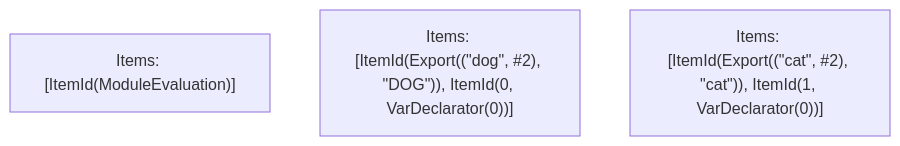
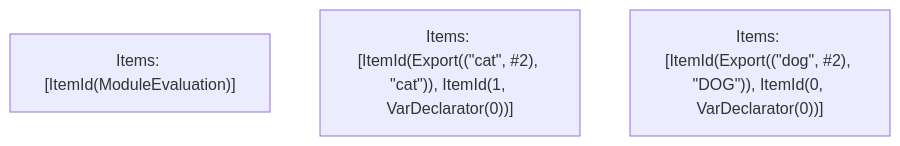
The fifth of 5 diagrams in crates/turbopack-ecmascript/tests/tree-shaker/analyzer/multi-export/output.md (vercel/turborepo), drawn with Mermaid before and after one commit. The commit also changed other lines of this file and 24 other files, not shown here.

````diff
--- a/crates/turbopack-ecmascript/tests/tree-shaker/analyzer/multi-export/output.md
+++ b/crates/turbopack-ecmascript/tests/tree-shaker/analyzer/multi-export/output.md
@@ -78,6 +79,6 @@
 ```mermaid
 graph TD
     N0["Items: [ItemId(ModuleEvaluation)]"];
-    N1["Items: [ItemId(Export((&quot;dog&quot;, #2), &quot;DOG&quot;)), ItemId(0, VarDeclarator(0))]"];
-    N2["Items: [ItemId(Export((&quot;cat&quot;, #2), &quot;cat&quot;)), ItemId(1, VarDeclarator(0))]"];
+    N1["Items: [ItemId(Export((&quot;cat&quot;, #2), &quot;cat&quot;)), ItemId(1, VarDeclarator(0))]"];
+    N2["Items: [ItemId(Export((&quot;dog&quot;, #2), &quot;DOG&quot;)), ItemId(0, VarDeclarator(0))]"];
 ```
````
